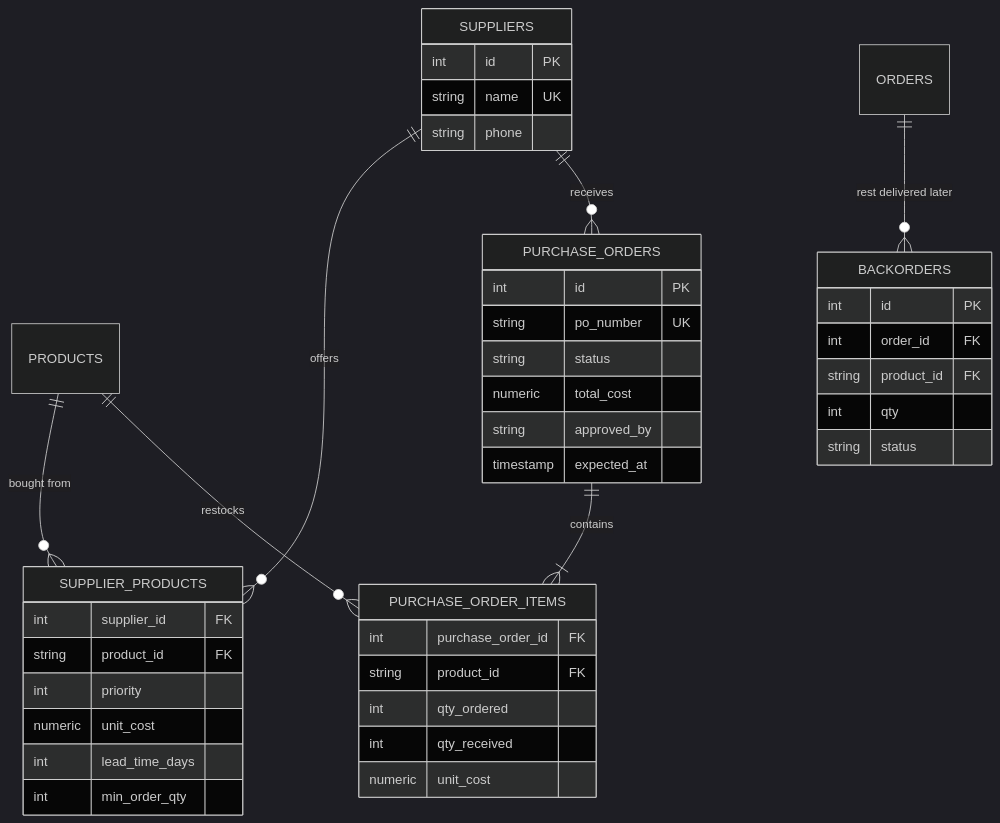
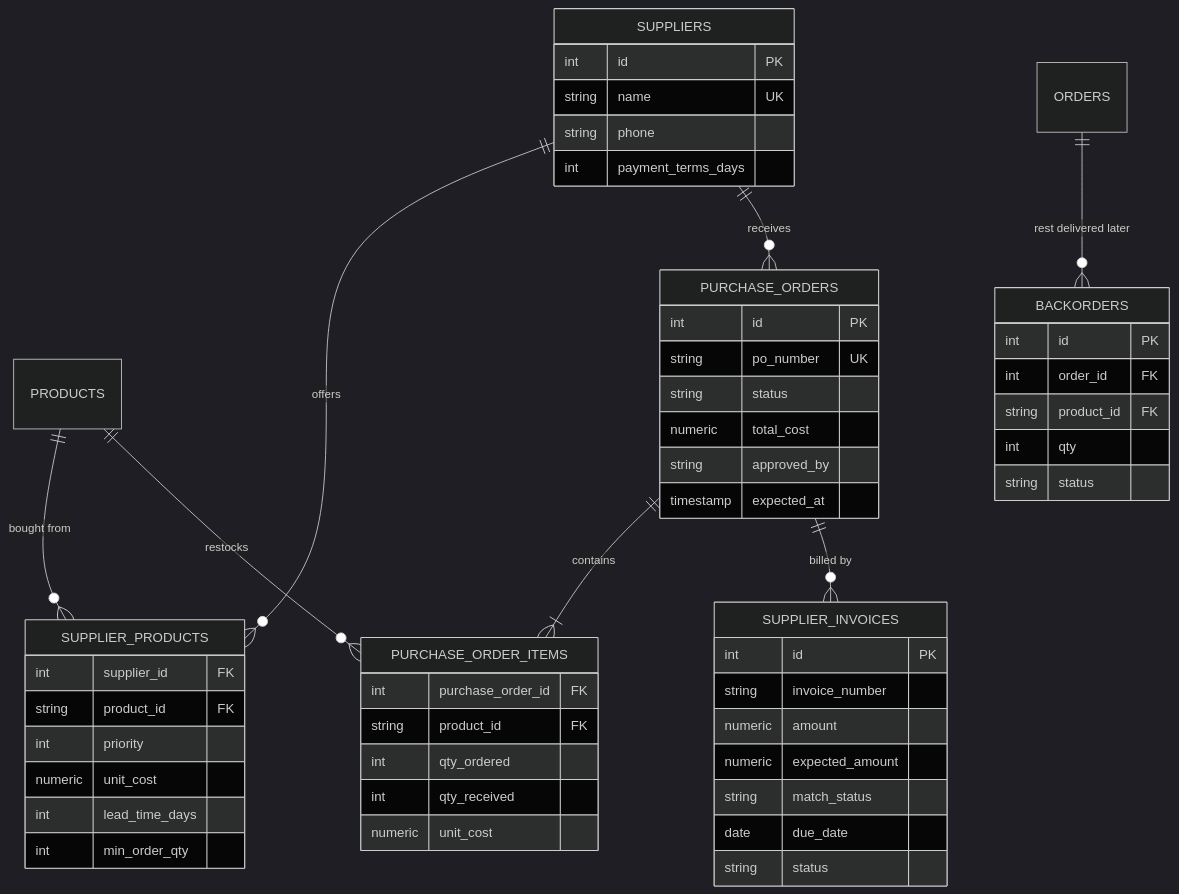
Diagram 11 of 11 in README.md (Nazir-Ahmed72/bizflow-ai), drawn with Mermaid (dark theme) before and after one commit. The commit also changed other lines of this file and 18 other files, not shown here.

Commit message:
Payments: online advance payment with accountant verification, 24h deadline, supplier invoices

````diff
--- a/README.md
+++ b/README.md
@@ -323,45 +415,56 @@
 ```mermaid
 erDiagram
     SUPPLIERS ||--o{ SUPPLIER_PRODUCTS : offers
     PRODUCTS ||--o{ SUPPLIER_PRODUCTS : "bought from"
     SUPPLIERS ||--o{ PURCHASE_ORDERS : receives
     PURCHASE_ORDERS ||--|{ PURCHASE_ORDER_ITEMS : contains
     PRODUCTS ||--o{ PURCHASE_ORDER_ITEMS : restocks
     ORDERS ||--o{ BACKORDERS : "rest delivered later"
+    PURCHASE_ORDERS ||--o{ SUPPLIER_INVOICES : "billed by"
 
     SUPPLIERS {
         int id PK
         string name UK
         string phone
+        int payment_terms_days
+    }
+    SUPPLIER_INVOICES {
+        int id PK
+        string invoice_number
+        numeric amount
+        numeric expected_amount
+        string match_status
+        date due_date
+        string status
     }
     SUPPLIER_PRODUCTS {
         int supplier_id FK
         string product_id FK
         int priority
         numeric unit_cost
         int lead_time_days
         int min_order_qty
     }
     PURCHASE_ORDERS {
         int id PK
         string po_number UK
         string status
         numeric total_cost
         string approved_by
         timestamp expected_at
     }
     PURCHASE_ORDER_ITEMS {
         int purchase_order_id FK
         string product_id FK
         int qty_ordered
         int qty_received
         numeric unit_cost
     }
     BACKORDERS {
         int id PK
         int order_id FK
         string product_id FK
         int qty
         string status
     }
 ```
````
